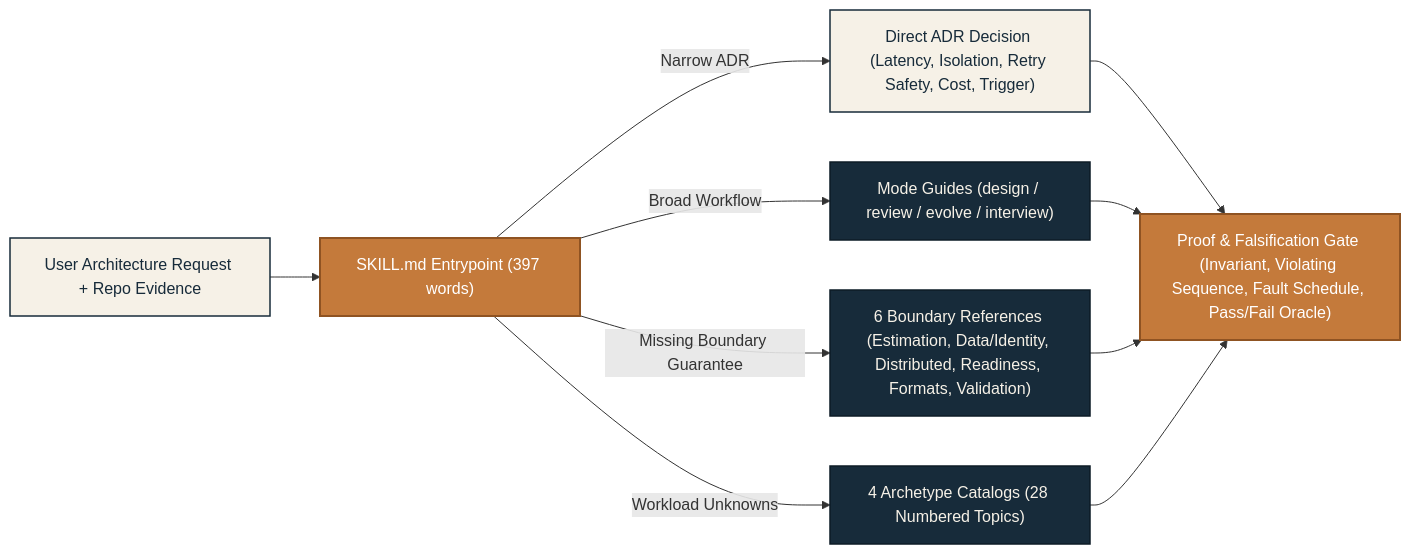
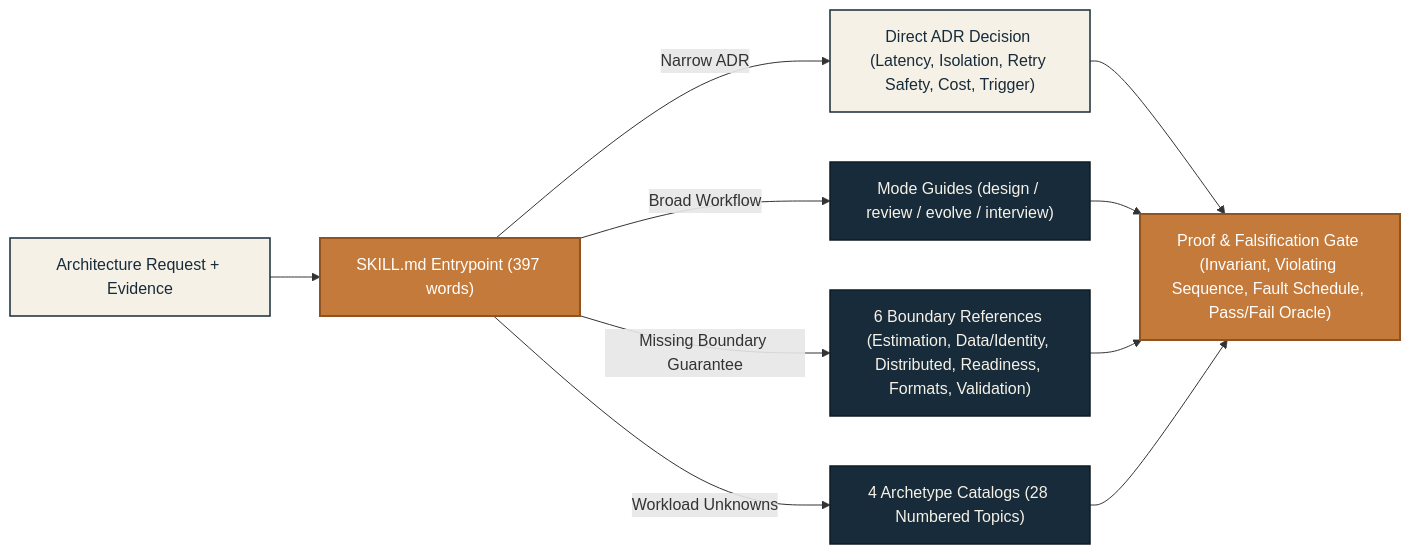
The diagram in README.md (Woffluon/system-design-compass), drawn with Mermaid before and after one commit. The commit also changed other lines of this file and 3 other files, not shown here.

````diff
--- a/README.md
+++ b/README.md
@@ -47,15 +102,15 @@
 ```mermaid
 flowchart LR
     classDef navy fill:#172b3a,stroke:#0d1b26,color:#f6f1e7,stroke-width:1.5px
     classDef copper fill:#c47a3b,stroke:#8f5322,color:#ffffff,stroke-width:2px
     classDef slate fill:#f6f1e7,stroke:#172b3a,color:#172b3a,stroke-width:1.5px
 
-    Req["User Architecture Request + Repo Evidence"]:::slate --> Entry["SKILL.md Entrypoint (397 words)"]:::copper
+    Req["Architecture Request + Evidence"]:::slate --> Entry["SKILL.md Entrypoint (397 words)"]:::copper
 
     Entry -->|"Narrow ADR"| Narrow["Direct ADR Decision (Latency, Isolation, Retry Safety, Cost, Trigger)"]:::slate
     Entry -->|"Broad Workflow"| Modes["Mode Guides (design / review / evolve / interview)"]:::navy
     Entry -->|"Missing Boundary Guarantee"| Bounds["6 Boundary References (Estimation, Data/Identity, Distributed, Readiness, Formats, Validation)"]:::navy
     Entry -->|"Workload Unknowns"| Arch["4 Archetype Catalogs (28 Numbered Topics)"]:::navy
 
     Narrow & Modes & Bounds & Arch --> Gate["Proof & Falsification Gate (Invariant, Violating Sequence, Fault Schedule, Pass/Fail Oracle)"]:::copper
 ```
````
